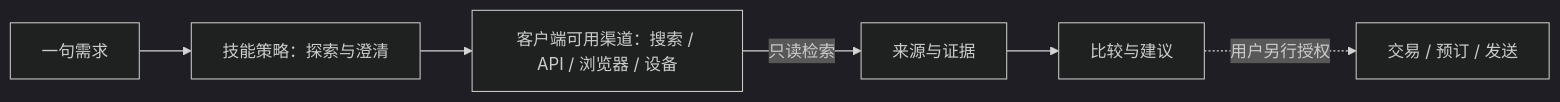
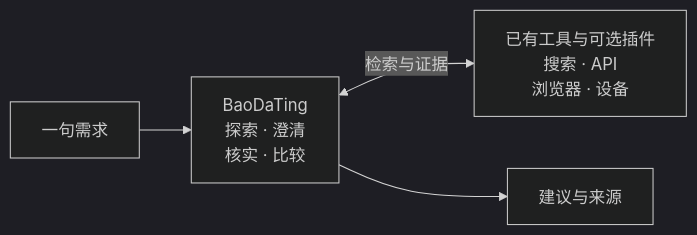
Before and after one commit to RUIIIOVO/BaoDaTing: the diagram in README.md, drawn with Mermaid (dark theme). The commit also changed other lines of this file and 1 other file, not shown here.

Commit message:
Keep the README diagram readable at GitHub content width

````diff
--- a/README.md
+++ b/README.md
@@ -53,8 +53,6 @@
 ```mermaid
 flowchart LR
-    A[一句需求] --> B[技能策略：探索与澄清]
-    B --> C[客户端可用渠道：搜索 / API / 浏览器 / 设备]
-    C -->|只读检索| D[来源与证据]
-    D --> E[比较与建议]
-    E -. 用户另行授权 .-> F[交易 / 预订 / 发送]
+    A[一句需求] --> B["BaoDaTing<br/>探索 · 澄清<br/>核实 · 比较"]
+    B <-->|检索与证据| C["已有工具与可选插件<br/>搜索 · API<br/>浏览器 · 设备"]
+    B --> D[建议与来源]
 ```
````
